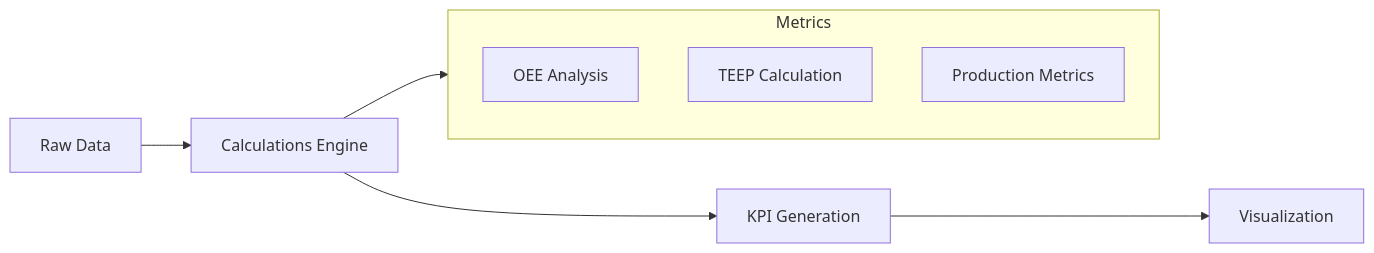
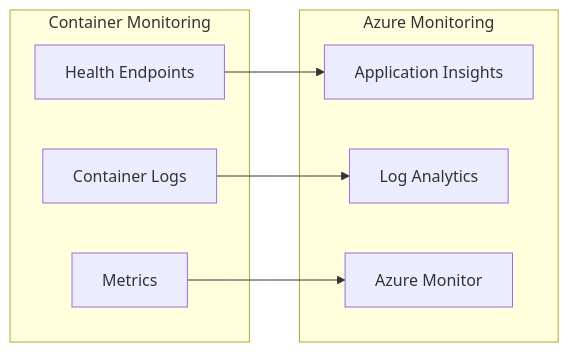
Before and after one commit to Ads2024/Demo-Assistant-API-AI: the third of 4 diagrams in architecture.md, drawn with Mermaid. The commit also changed other lines of this file and 1 other file, not shown here.

Commit message:
updated readme and architecture.md

````diff
--- a/architecture.md
+++ b/architecture.md
@@ -122,14 +190,18 @@
 ```mermaid
 flowchart LR
-    Raw[Raw Data] --> Calc[Calculations Engine]
-    Calc --> KPI[KPI Generation]
-    KPI --> Vis[Visualization]
-
-    subgraph Metrics
-        OEE[OEE Analysis]
-        TEEP[TEEP Calculation]
-        Prod[Production Metrics]
+    subgraph Container Monitoring
+        HE[Health Endpoints]
+        LG[Container Logs]
+        MT[Metrics]
     end
-
-    Calc --> Metrics
+    
+    subgraph Azure Monitoring
+        AI[Application Insights]
+        LA[Log Analytics]
+        AM[Azure Monitor]
+    end
+    
+    HE --> AI
+    LG --> LA
+    MT --> AM
 ```
````
